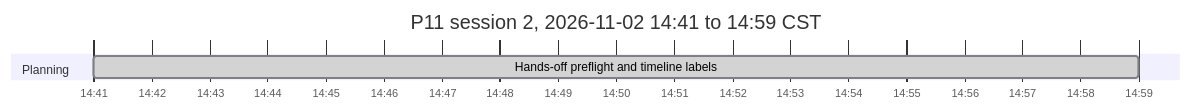
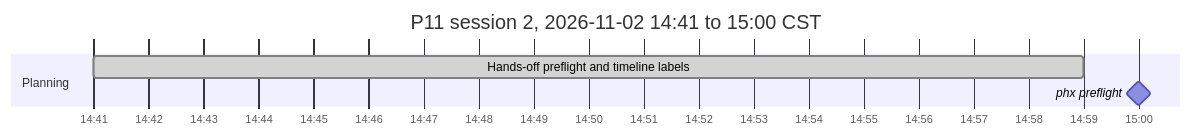
One commit to antonizick/project1111 changed the second of 2 diagrams in P11_IMPLEMENTATION_PLAN.md. Above: the diagram before and after it, drawn with Mermaid. The commit also changed other lines of this file and 1 other file, not shown here.

Commit message:
docs(plan): refresh timeline

````diff
--- a/P11_IMPLEMENTATION_PLAN.md
+++ b/P11_IMPLEMENTATION_PLAN.md
@@ -74,8 +74,9 @@
 ```mermaid
 gantt
-    title P11 session 2, 2026-11-02 14:41 to 14:59 CST
+    title P11 session 2, 2026-11-02 14:41 to 15:00 CST
     dateFormat YYYY-MM-DD HH:mm
     axisFormat %H:%M
     section Planning
     Hands-off preflight and timeline labels :done, plan3, 2026-11-02 14:41, 2026-11-02 14:59
+    phx preflight :milestone, pf13ee0d5, 2026-11-02 15:00, 0m
 ```
````
